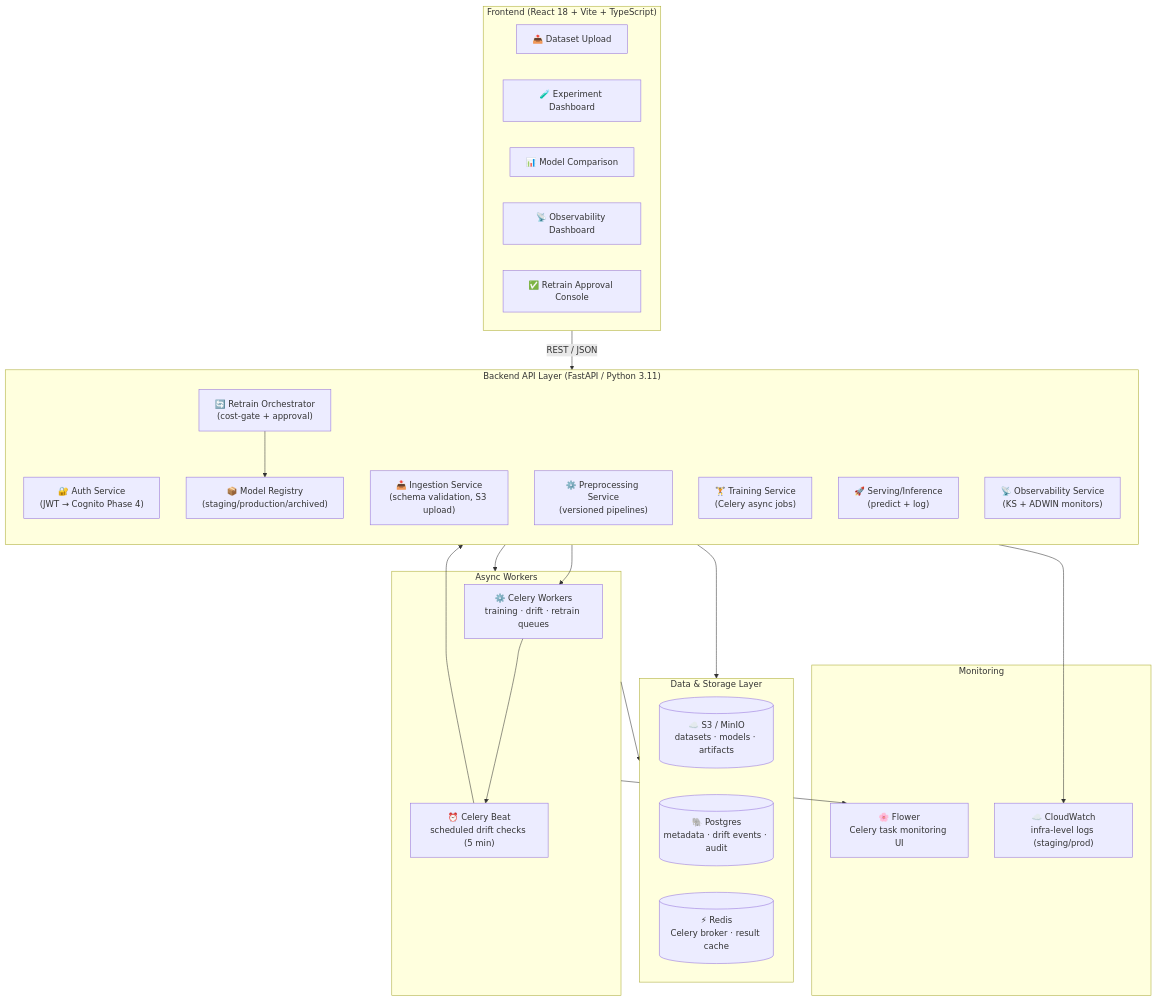
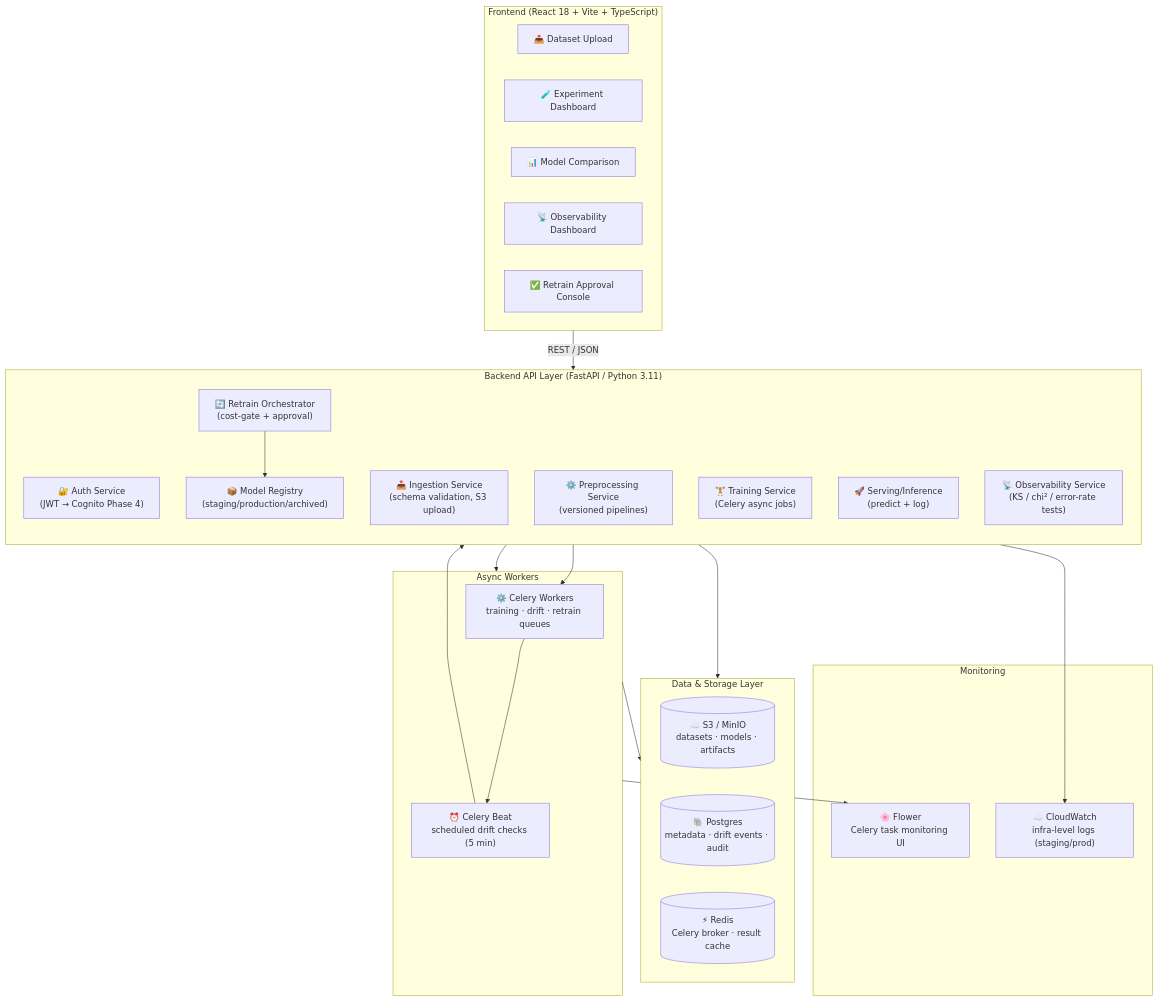
Before and after one commit to Dinesh-kumar9/Drift_Detection: the first of 6 diagrams in docs/ARCHITECTURE.md, drawn with Mermaid. The commit also changed other lines of this file and 18 other files, not shown here.

````diff
--- a/docs/ARCHITECTURE.md
+++ b/docs/ARCHITECTURE.md
@@ -40,50 +40,50 @@
 ```mermaid
 flowchart TB
     subgraph Client["Frontend (React 18 + Vite + TypeScript)"]
         direction LR
         UI1[📤 Dataset Upload]
         UI2[🧪 Experiment Dashboard]
         UI3[📊 Model Comparison]
         UI4[📡 Observability Dashboard]
         UI5[✅ Retrain Approval Console]
     end
 
     subgraph API["Backend API Layer (FastAPI / Python 3.11)"]
         direction TB
         AUTH["🔐 Auth Service\n(JWT → Cognito Phase 4)"]
         ING["📥 Ingestion Service\n(schema validation, S3 upload)"]
         PRE["⚙️ Preprocessing Service\n(versioned pipelines)"]
         TRAIN["🏋️ Training Service\n(Celery async jobs)"]
         REG["📦 Model Registry\n(staging/production/archived)"]
         SERVE["🚀 Serving/Inference\n(predict + log)"]
-        OBS["📡 Observability Service\n(KS + ADWIN monitors)"]
+        OBS["📡 Observability Service\n(KS / chi² / error-rate tests)"]
         RETRAIN["🔄 Retrain Orchestrator\n(cost-gate + approval)"]
     end
 
     subgraph Data["Data & Storage Layer"]
         S3[("☁️ S3 / MinIO\ndatasets · models · artifacts")]
         RDS[("🐘 Postgres\nmetadata · drift events · audit")]
         REDIS[("⚡ Redis\nCelery broker · result cache")]
     end
 
     subgraph Workers["Async Workers"]
         CELERY["⚙️ Celery Workers\ntraining · drift · retrain queues"]
         BEAT["⏰ Celery Beat\nscheduled drift checks (5 min)"]
     end
 
     subgraph Monitor["Monitoring"]
         FLOWER["🌸 Flower\nCelery task monitoring UI"]
         CW["☁️ CloudWatch\ninfra-level logs (staging/prod)"]
     end
 
     Client -->|"REST / JSON"| API
     API --> Data
     API --> Workers
     Workers --> Data
     OBS --> CELERY
     CELERY --> BEAT
     BEAT --> OBS
     RETRAIN --> REG
     Workers --> FLOWER
     API --> CW
 ```
````
